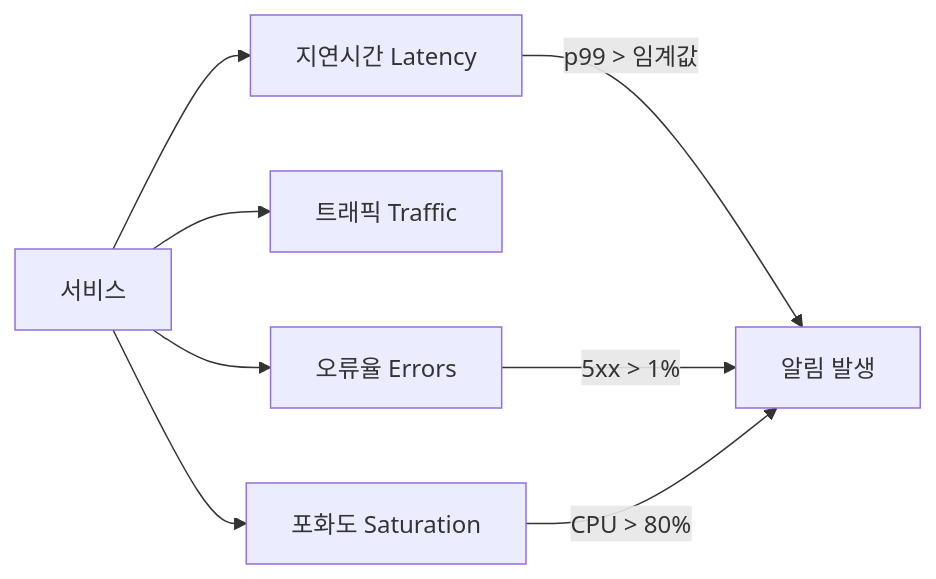
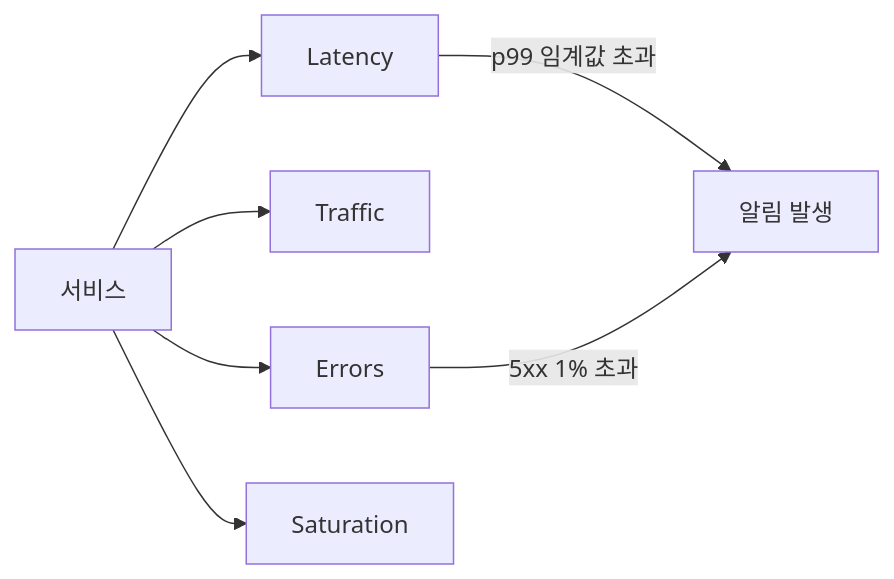
One commit to yjkim2015/yjkim2015.github.io changed the sixth of 6 diagrams in _posts/monitoring/2026-05-01-monitoring-tools.md. Above: the diagram before and after it, drawn with Mermaid. The commit also changed other lines of this file and 26 other files, not shown here.

````diff
--- a/_posts/monitoring/2026-05-01-monitoring-tools.md
+++ b/_posts/monitoring/2026-05-01-monitoring-tools.md
@@ -340,10 +787,9 @@
 ```mermaid
 graph LR
-    SVC["서비스"] --> LAT["지연시간 Latency"]
-    SVC --> TRAF["트래픽 Traffic"]
-    SVC --> ERR["오류율 Errors"]
-    SVC --> SAT["포화도 Saturation"]
-    LAT -->|"p99 > 임계값"| ALERT["알림 발생"]
-    ERR -->|"5xx > 1%"| ALERT
-    SAT -->|"CPU > 80%"| ALERT
+    SVC["서비스"] --> LAT["Latency"]
+    SVC --> TRAF["Traffic"]
+    SVC --> ERR["Errors"]
+    SVC --> SAT["Saturation"]
+    LAT -->|"p99 임계값 초과"| ALERT["알림 발생"]
+    ERR -->|"5xx 1% 초과"| ALERT
 ```
````
